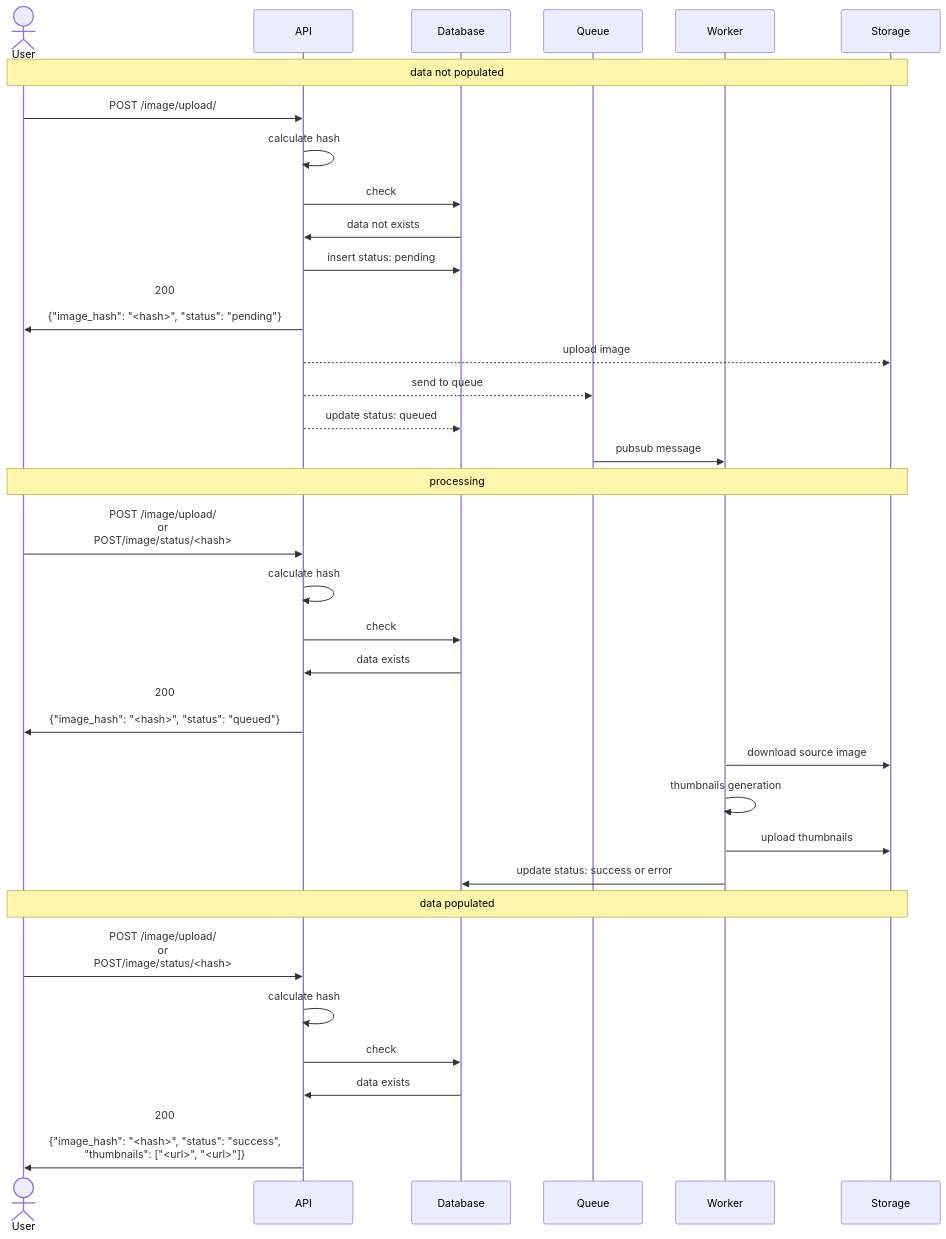
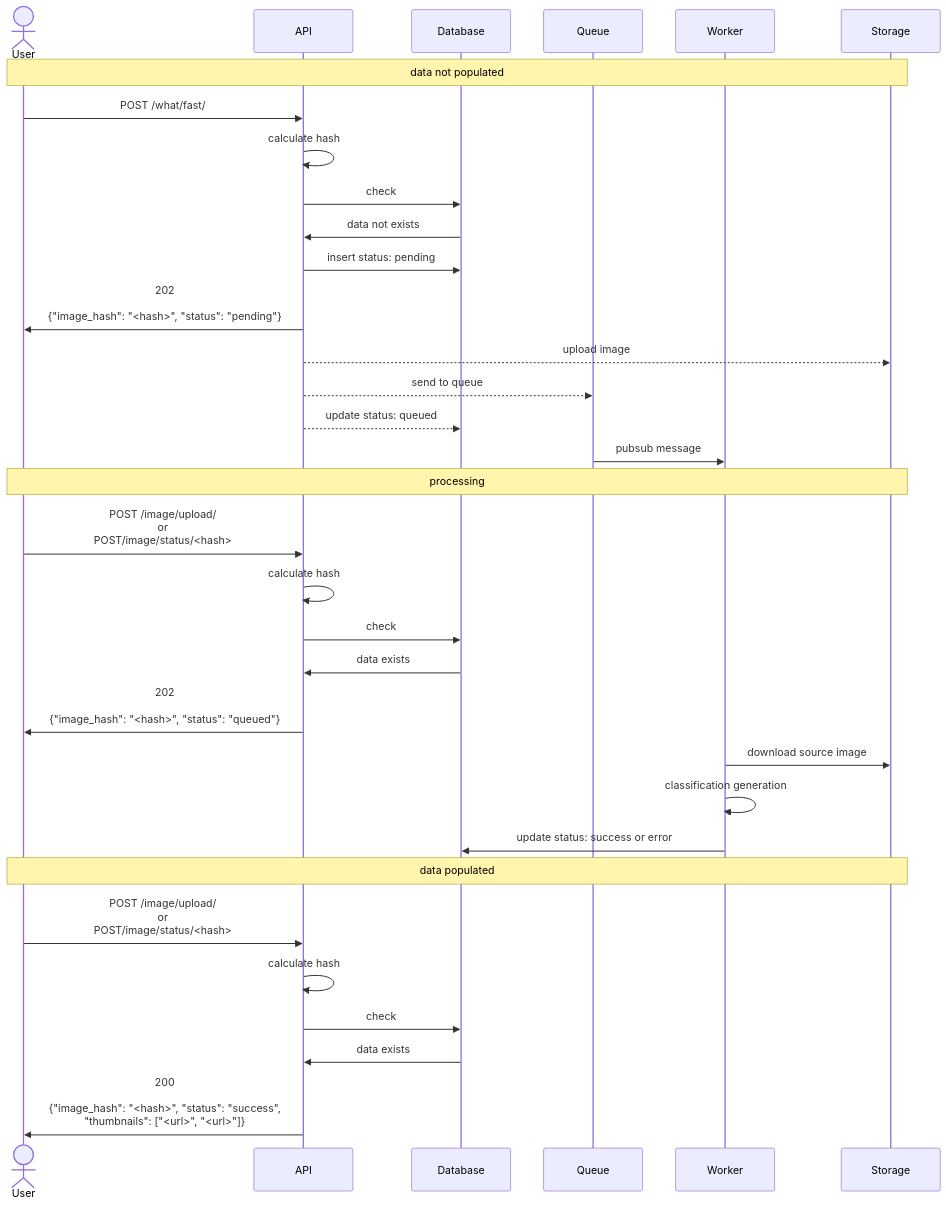
One commit to TobKed/fastapi_cloudrun_pubsub changed the diagram in README.md. Above: the diagram before and after it, drawn with Mermaid. The commit also changed other lines of this file and 25 other files, not shown here.

Commit message:
Use ML instead of thumbnails generation (#6)

````diff
--- a/README.md
+++ b/README.md
@@ -158,42 +169,41 @@
 ```mermaid
 sequenceDiagram
     actor portal as User
     participant fsapi   as API
     participant db      as Database
     participant qu      as Queue
     participant worker  as Worker
     participant storage  as Storage
 
     Note over portal,storage: data not populated
-    portal ->> fsapi : POST /image/upload/
+    portal ->> fsapi : POST /what/fast/
     fsapi ->> fsapi: calculate hash
     fsapi ->> db : check
     db ->> fsapi : data not exists
     fsapi ->> db : insert status: pending
-    fsapi ->> portal : 200<br><br>{"image_hash": "<hash>", "status": "pending"}
+    fsapi ->> portal : 202<br><br>{"image_hash": "<hash>", "status": "pending"}
     fsapi -->> storage : upload image
     fsapi -->> qu : send to queue
     fsapi -->> db : update status: queued
     qu ->> worker : pubsub message
 
     Note over portal,storage: processing
 
     portal ->> fsapi : POST /image/upload/<br>or<br>POST/image/status/<hash>
     fsapi ->> fsapi: calculate hash
     fsapi ->> db : check
     db ->> fsapi : data exists
-    fsapi ->> portal : 200<br><br>{"image_hash": "<hash>", "status": "queued"}
+    fsapi ->> portal : 202<br><br>{"image_hash": "<hash>", "status": "queued"}
 
     worker ->> storage: download source image
-    worker ->> worker: thumbnails generation
-    worker ->> storage: upload thumbnails
+    worker ->> worker: classification generation
     worker ->> db: update status: success or error
 
     Note over portal,storage: data populated
 
     portal ->> fsapi : POST /image/upload/<br>or<br>POST/image/status/<hash>
     fsapi ->> fsapi: calculate hash
     fsapi ->> db : check
     db ->> fsapi : data exists
     fsapi ->> portal : 200<br><br>{"image_hash": "<hash>", "status": "success",<br>"thumbnails": ["<url>", "<url>"]}
 ```
````
